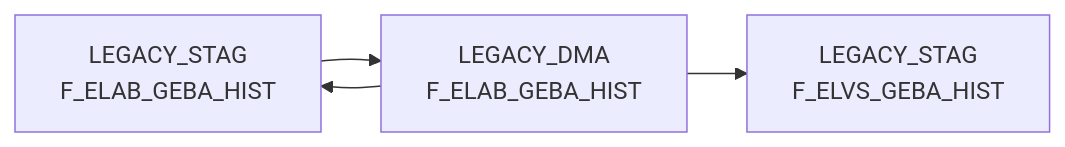
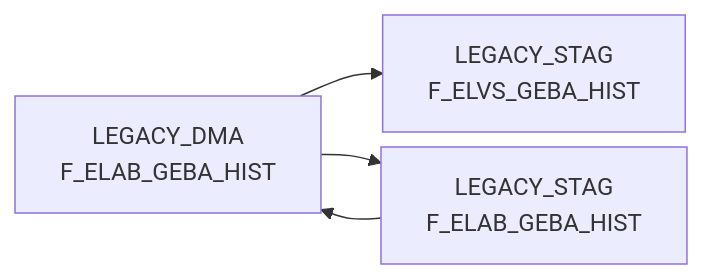
One commit to integration-factory-de/sas_code_docs changed the diagram in docs/Tables/LEGACY_DMA/F_ELAB_GEBA_HIST.md. Above: the diagram before and after it, drawn with Mermaid. The commit also changed other lines of this file and 129 other files, not shown here.

````diff
--- a/docs/Tables/LEGACY_DMA/F_ELAB_GEBA_HIST.md
+++ b/docs/Tables/LEGACY_DMA/F_ELAB_GEBA_HIST.md
@@ -9,15 +21,15 @@
 ```mermaid
 %%{init: {'flowchart': { 'nodeSpacing': 10, 'rankSpacing': 40, 'rankdir': 'TB' }}}%%
 
 flowchart LR
 
+  LEGACY_DMA.F_ELAB_GEBA_HIST["LEGACY_DMA<br/>F_ELAB_GEBA_HIST"] --> LEGACY_STAG.F_ELVS_GEBA_HIST["LEGACY_STAG<br/>F_ELVS_GEBA_HIST"]
   LEGACY_STAG.F_ELAB_GEBA_HIST["LEGACY_STAG<br/>F_ELAB_GEBA_HIST"] --> LEGACY_DMA.F_ELAB_GEBA_HIST["LEGACY_DMA<br/>F_ELAB_GEBA_HIST"]
-  LEGACY_DMA.F_ELAB_GEBA_HIST["LEGACY_DMA<br/>F_ELAB_GEBA_HIST"] --> LEGACY_STAG.F_ELVS_GEBA_HIST["LEGACY_STAG<br/>F_ELVS_GEBA_HIST"]
   LEGACY_DMA.F_ELAB_GEBA_HIST["LEGACY_DMA<br/>F_ELAB_GEBA_HIST"] --> LEGACY_STAG.F_ELAB_GEBA_HIST["LEGACY_STAG<br/>F_ELAB_GEBA_HIST"]
+  click LEGACY_DMA.F_ELAB_GEBA_HIST "../../tables/LEGACY_DMA/F_ELAB_GEBA_HIST"
   click LEGACY_STAG.F_ELAB_GEBA_HIST "../../tables/LEGACY_STAG/F_ELAB_GEBA_HIST"
   click LEGACY_DMA.F_ELAB_GEBA_HIST "../../tables/LEGACY_DMA/F_ELAB_GEBA_HIST"
+  click LEGACY_STAG.F_ELVS_GEBA_HIST "../../tables/LEGACY_STAG/F_ELVS_GEBA_HIST"
   click LEGACY_DMA.F_ELAB_GEBA_HIST "../../tables/LEGACY_DMA/F_ELAB_GEBA_HIST"
-  click LEGACY_DMA.F_ELAB_GEBA_HIST "../../tables/LEGACY_DMA/F_ELAB_GEBA_HIST"
-  click LEGACY_STAG.F_ELVS_GEBA_HIST "../../tables/LEGACY_STAG/F_ELVS_GEBA_HIST"
   click LEGACY_STAG.F_ELAB_GEBA_HIST "../../tables/LEGACY_STAG/F_ELAB_GEBA_HIST"
 ```
````
